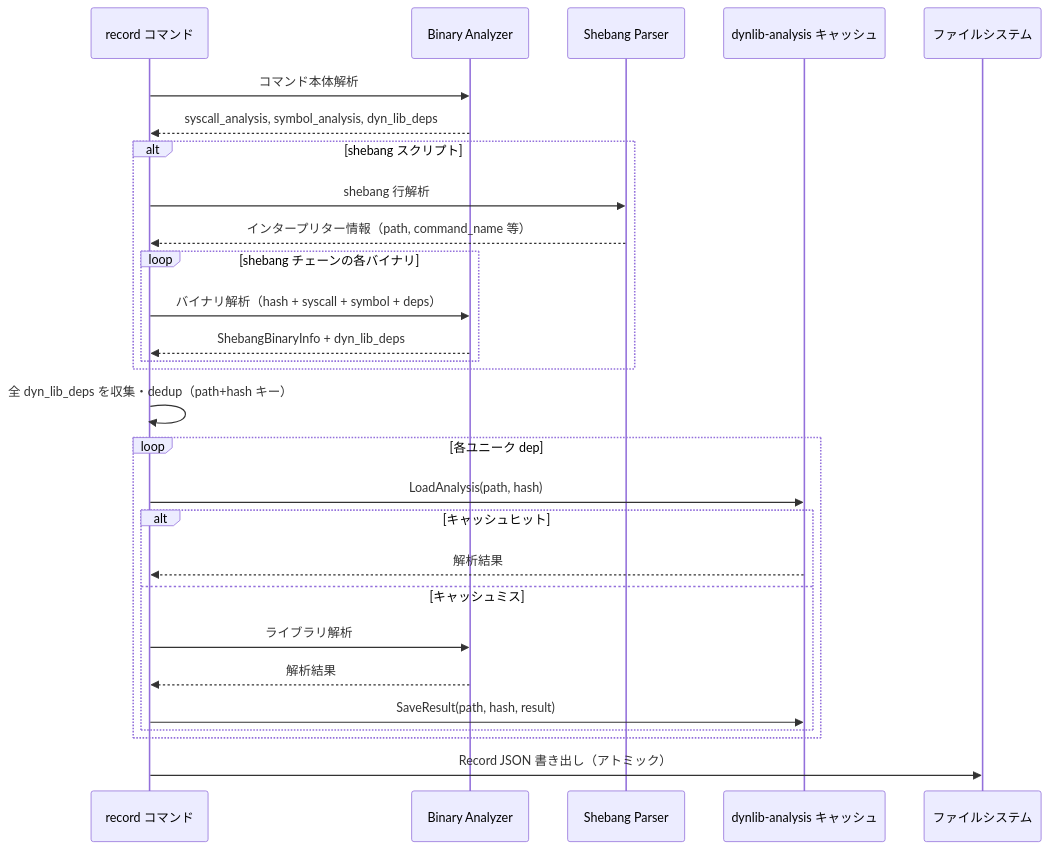
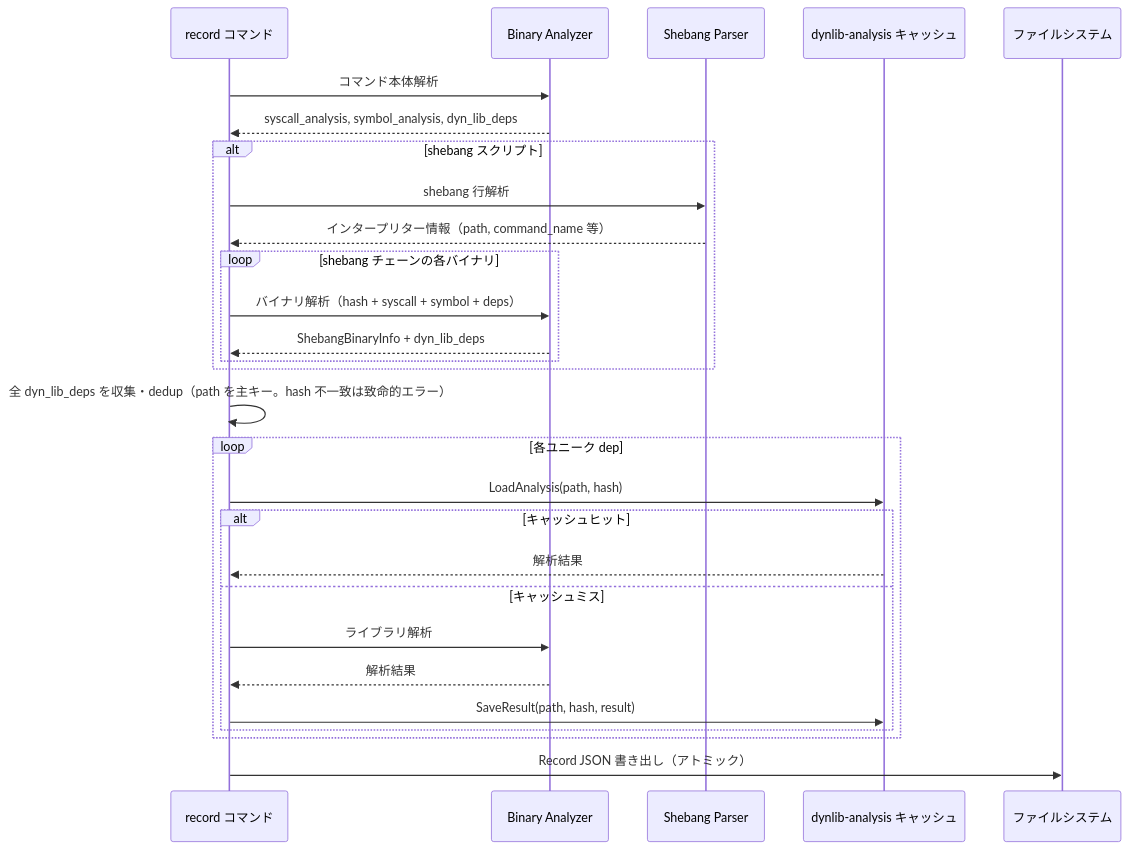
The seventh of 8 diagrams in docs/tasks/0129_self_contained_record/02_architecture.md (isseis/go-safe-cmd-runner), drawn with Mermaid before and after one commit. The commit also changed other lines of this file, not shown here.

Commit message:
docs: fix inconsistent dedup key description in diagrams
Flowchart (2.3) and sequence diagram (6.1) said "path+hash で dedup",
which implied a composite key. The correct definition (matching section 3.4)
is that path alone is the primary key; same path with matching hash is merged,
same path with differing hash is a fatal error.

````diff
--- a/docs/tasks/0129_self_contained_record/02_architecture.md
+++ b/docs/tasks/0129_self_contained_record/02_architecture.md
@@ -324,35 +324,35 @@
 ```mermaid
 sequenceDiagram
     participant R as record コマンド
     participant E as Binary Analyzer
     participant S as Shebang Parser
     participant C as dynlib-analysis キャッシュ
     participant FS as ファイルシステム
 
     R->>E: コマンド本体解析
     E-->>R: syscall_analysis, symbol_analysis, dyn_lib_deps
 
     alt shebang スクリプト
         R->>S: shebang 行解析
         S-->>R: インタープリター情報（path, command_name 等）
         loop shebang チェーンの各バイナリ
             R->>E: バイナリ解析（hash + syscall + symbol + deps）
             E-->>R: ShebangBinaryInfo + dyn_lib_deps
         end
     end
 
-    R->>R: 全 dyn_lib_deps を収集・dedup（path+hash キー）
+    R->>R: 全 dyn_lib_deps を収集・dedup（path を主キー。hash 不一致は致命的エラー）
 
     loop 各ユニーク dep
         R->>C: LoadAnalysis(path, hash)
         alt キャッシュヒット
             C-->>R: 解析結果
         else キャッシュミス
             R->>E: ライブラリ解析
             E-->>R: 解析結果
             R->>C: SaveResult(path, hash, result)
         end
     end
 
     R->>FS: Record JSON 書き出し（アトミック）
 ```
````
